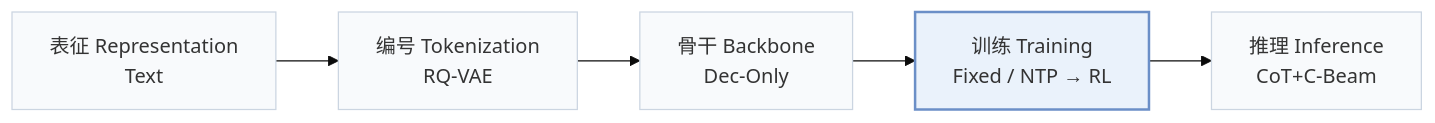
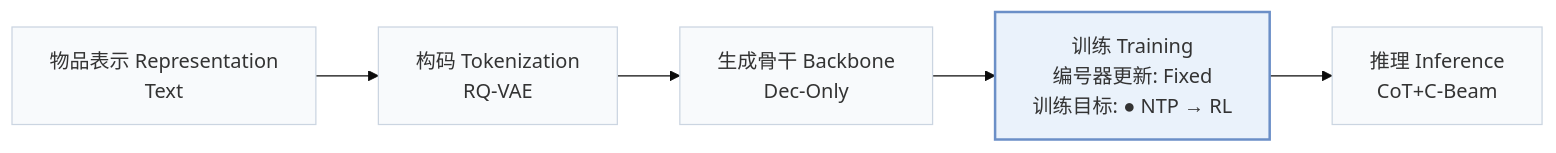
Before and after one commit to Galaxy-ghost/Awesome-SID-Generative-Rec: the first of 2 diagrams in pages/zh/papers/evo-rec.md, drawn with Mermaid (base theme). The commit also changed other lines of this file and 558 other files, not shown here.

````diff
--- a/pages/zh/papers/evo-rec.md
+++ b/pages/zh/papers/evo-rec.md
@@ -15,8 +18,8 @@
 ```mermaid
 flowchart LR
-    R["表征 Representation<br/>Text"] --> T["编号 Tokenization<br/>RQ-VAE"] --> B["骨干 Backbone<br/>Dec-Only"] --> TR["训练 Training<br/>Fixed / NTP → RL"] --> I["推理 Inference<br/>CoT+C-Beam"]
+    R["物品表示 Representation<br/>Text"] --> T["构码 Tokenization<br/>RQ-VAE"] --> B["生成骨干 Backbone<br/>Dec-Only"] --> TR["训练 Training<br/>编号器更新: Fixed<br/>训练目标: ● NTP → RL"] --> I["推理 Inference<br/>CoT+C-Beam"]
     classDef base fill:#f8fafc,stroke:#cbd5e1
     class R,T,B,TR,I base
     classDef main fill:#eaf2fb,stroke:#6b8fc7,stroke-width:2px
     class TR main
 ```
````
